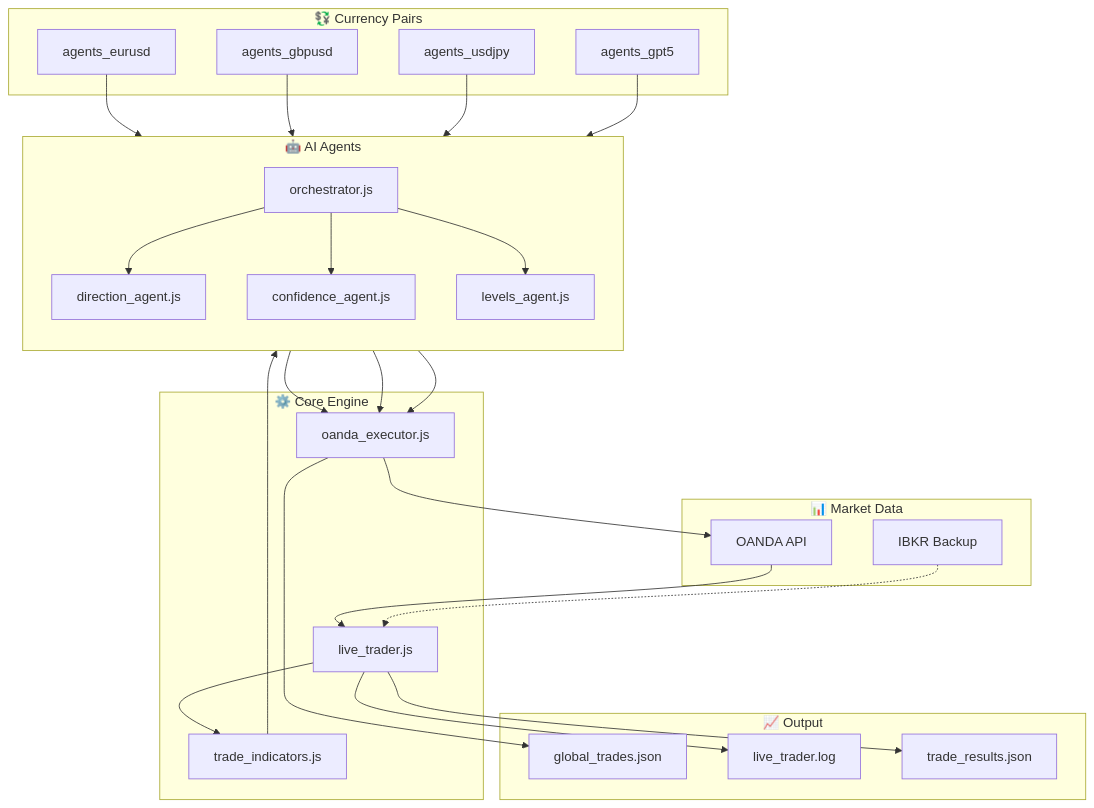
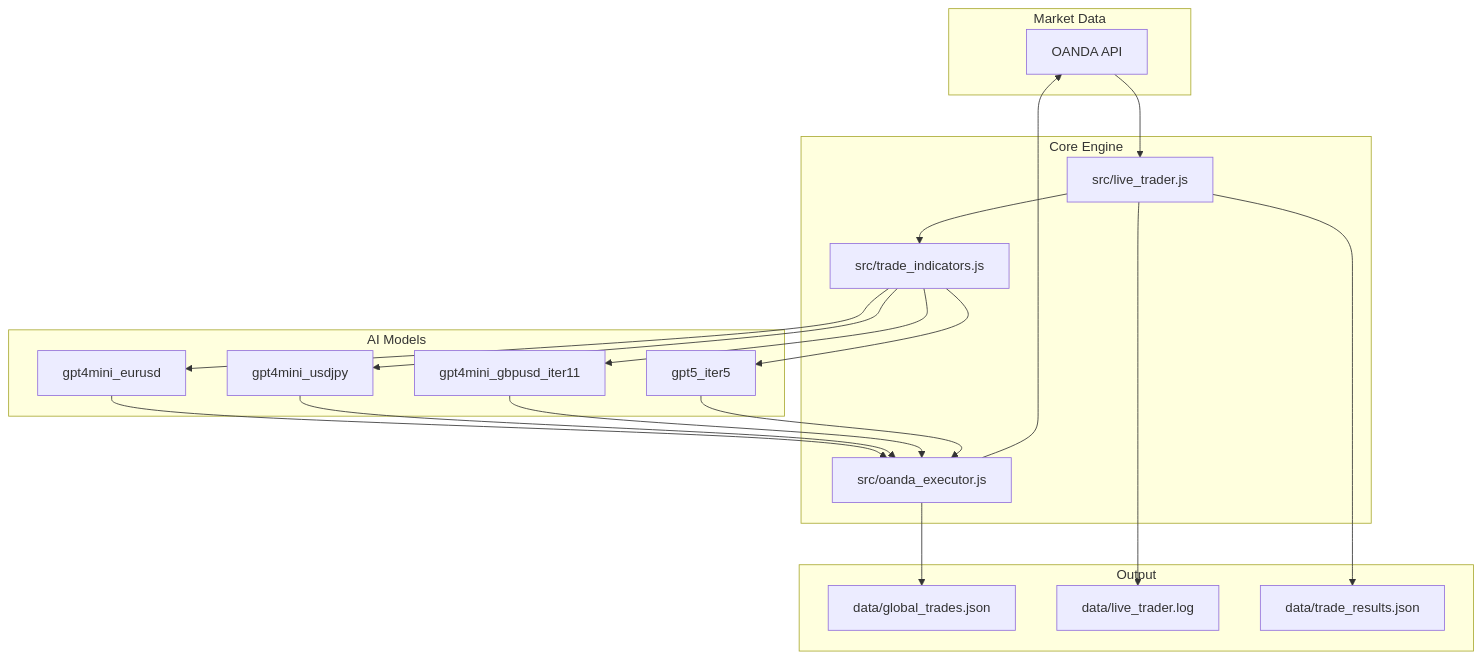
The first of 3 diagrams in docs/STRUCTURE.md (grodcas/tradebot), drawn with Mermaid before and after one commit. The commit also changed other lines of this file and 12 other files, not shown here.

````diff
--- a/docs/STRUCTURE.md
+++ b/docs/STRUCTURE.md
@@ -13,54 +13,39 @@
 ```mermaid
 flowchart TB
-    subgraph MARKET["📊 Market Data"]
+    subgraph MARKET["Market Data"]
         OANDA[OANDA API]
-        IBKR[IBKR Backup]
     end
 
-    subgraph CORE["⚙️ Core Engine"]
-        LT[live_trader.js]
-        IND[trade_indicators.js]
-        EXEC[oanda_executor.js]
+    subgraph CORE["Core Engine"]
+        LT[src/live_trader.js]
+        IND[src/trade_indicators.js]
+        EXEC[src/oanda_executor.js]
     end
 
-    subgraph AGENTS["🤖 AI Agents"]
-        direction TB
-        ORCH[orchestrator.js]
-        DIR[direction_agent.js]
-        CONF[confidence_agent.js]
-        LEV[levels_agent.js]
+    subgraph MODELS["AI Models"]
+        M1[gpt4mini_eurusd]
+        M2[gpt4mini_usdjpy]
+        M3[gpt4mini_gbpusd_iter11]
+        M4[gpt5_iter5]
     end
 
-    subgraph PAIRS["💱 Currency Pairs"]
-        EUR[agents_eurusd]
-        GBP[agents_gbpusd]
-        JPY[agents_usdjpy]
-        GPT5[agents_gpt5]
-    end
-
-    subgraph OUTPUT["📈 Output"]
-        TRADES[global_trades.json]
-        LOG[live_trader.log]
-        RESULTS[trade_results.json]
+    subgraph OUTPUT["Output"]
+        TRADES[data/global_trades.json]
+        LOG[data/live_trader.log]
+        RESULTS[data/trade_results.json]
     end
 
     OANDA --> LT
-    IBKR -.-> LT
     LT --> IND
-    IND --> ORCH
-    ORCH --> DIR
-    ORCH --> CONF
-    ORCH --> LEV
-    DIR --> EXEC
-    CONF --> EXEC
-    LEV --> EXEC
+    IND --> M1 & M2 & M3 & M4
+    M1 & M2 & M3 & M4 --> EXEC
     EXEC --> OANDA
     EXEC --> TRADES
     LT --> LOG
     LT --> RESULTS
 
-    EUR --> ORCH
-    GBP --> ORCH
-    JPY --> ORCH
-    GPT5 --> ORCH
+    click LT "features/live-trader.md" "Live Trader docs"
+    click EXEC "features/oanda-executor.md" "OANDA Executor docs"
+    click M1 "features/model-system.md" "Model System docs"
+    click M4 "features/model-system.md" "Model System docs"
 ```
````
